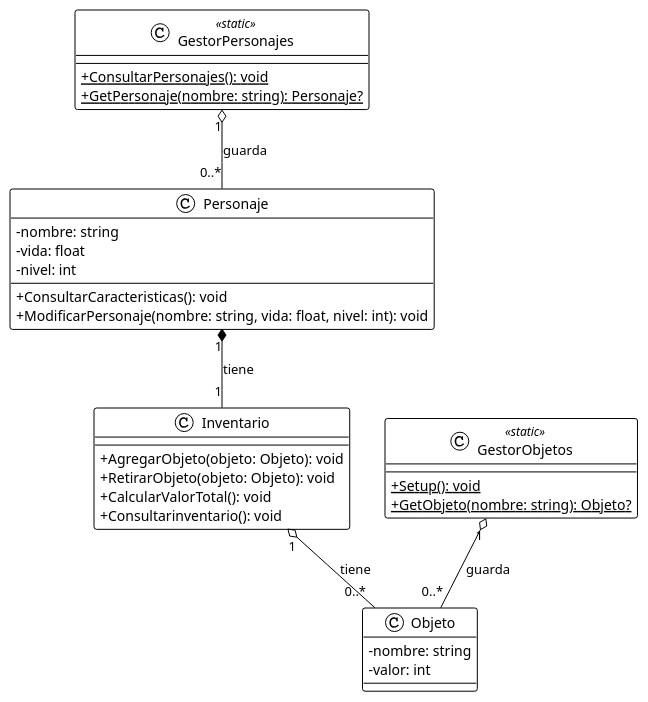
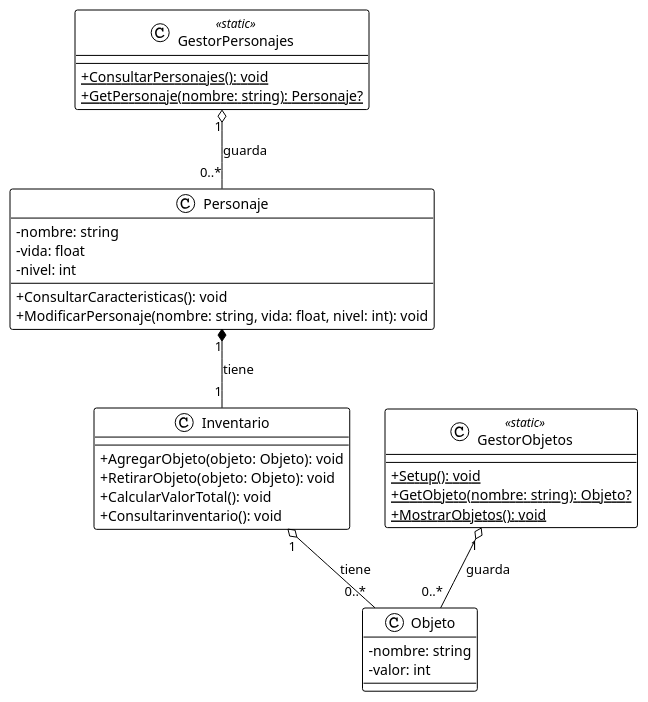
Before and after one commit to JoseVahosUPB/EjercicioGestorPersonajesRepo: the diagram in Diagrams/Diagrama de clases.puml, drawn with PlantUML. The commit also changed 6 other files, not shown here.

```diff
--- a/Diagrams/Diagrama de clases.puml
+++ b/Diagrams/Diagrama de clases.puml
@@ -1,38 +1,39 @@
-@startuml
+@startuml Clases
 skinparam classAttributeIconSize 0
 !theme plain
 
 class GestorPersonajes <<static>>{
     {static} +ConsultarPersonajes(): void
     {static} +GetPersonaje(nombre: string): Personaje?
 }
 class GestorObjetos <<static>>{
     {static} +Setup(): void
     {static} +GetObjeto(nombre: string): Objeto?
+    {static} +MostrarObjetos(): void
 }
 class Personaje{
     -nombre: string
     -vida: float
     -nivel: int
     +ConsultarCaracteristicas(): void
     +ModificarPersonaje(nombre: string, vida: float, nivel: int): void
 }
 class Inventario{
     +AgregarObjeto(objeto: Objeto): void
     +RetirarObjeto(objeto: Objeto): void
     +CalcularValorTotal(): void
     +Consultarinventario(): void
 }
 class Objeto{
     -nombre: string
     -valor: int
 }
 
 GestorPersonajes "1" o-- "0..*" Personaje: guarda
 GestorObjetos "1" o-- "0..*" Objeto: guarda
 
 Personaje "1" *-- "1" Inventario: tiene
 
 Inventario "1" o-- "0..*" Objeto: tiene
 
 @enduml
```
